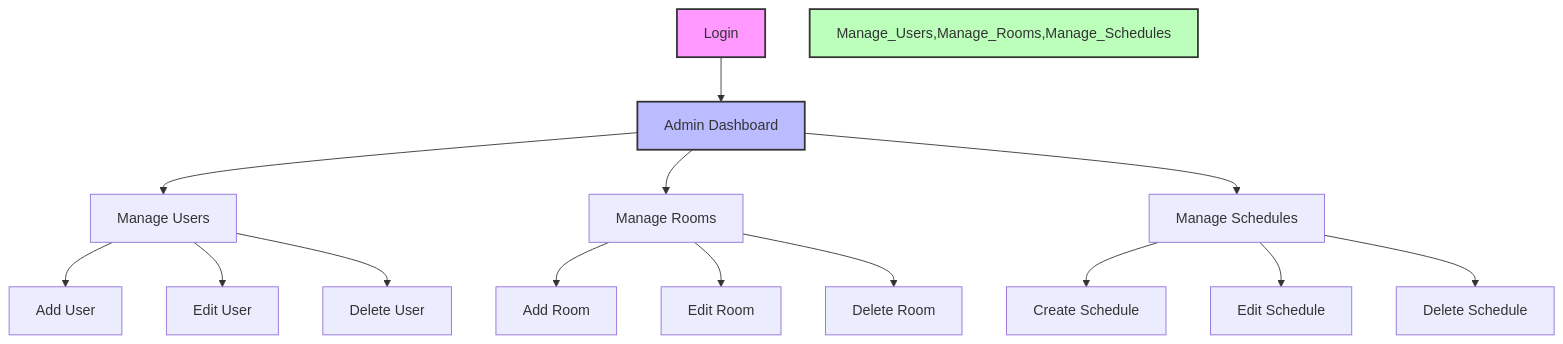
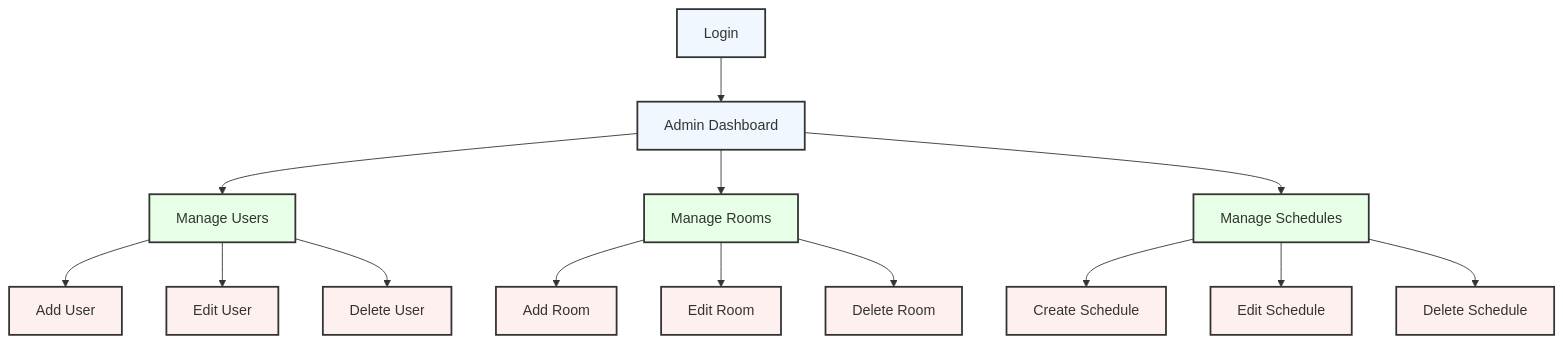
The first of 11 diagrams in docs/USER_GUIDE.md (kafle1/timetablepro), drawn with Mermaid before and after one commit. The commit also changed other lines of this file and 1 other file, not shown here.

Commit message:
docs: update diagram colors with consistent high-contrast scheme

````diff
--- a/docs/USER_GUIDE.md
+++ b/docs/USER_GUIDE.md
@@ -316,23 +316,28 @@
 ```mermaid
 graph TD
     Login[Login] --> Dashboard[Admin Dashboard]
     Dashboard --> Manage_Users[Manage Users]
     Dashboard --> Manage_Rooms[Manage Rooms]
     Dashboard --> Manage_Schedules[Manage Schedules]
     
     Manage_Users --> Add_User[Add User]
     Manage_Users --> Edit_User[Edit User]
     Manage_Users --> Delete_User[Delete User]
     
     Manage_Rooms --> Add_Room[Add Room]
     Manage_Rooms --> Edit_Room[Edit Room]
     Manage_Rooms --> Delete_Room[Delete Room]
     
     Manage_Schedules --> Create_Schedule[Create Schedule]
     Manage_Schedules --> Edit_Schedule[Edit Schedule]
     Manage_Schedules --> Delete_Schedule[Delete Schedule]
     
-    style Login fill:#f9f,stroke:#333,stroke-width:2px
-    style Dashboard fill:#bbf,stroke:#333,stroke-width:2px
-    style Manage_Users,Manage_Rooms,Manage_Schedules fill:#bfb,stroke:#333,stroke-width:2px
+    classDef default fill:#f0f7ff,stroke:#333,stroke-width:2px
+    classDef primary fill:#e6ffe6,stroke:#333,stroke-width:2px
+    classDef secondary fill:#ffe6e6,stroke:#333,stroke-width:2px
+    classDef action fill:#fff0f0,stroke:#333,stroke-width:2px
+    
+    class Login,Dashboard default
+    class Manage_Users,Manage_Rooms,Manage_Schedules primary
+    class Add_User,Edit_User,Delete_User,Add_Room,Edit_Room,Delete_Room,Create_Schedule,Edit_Schedule,Delete_Schedule action
 ```
````
